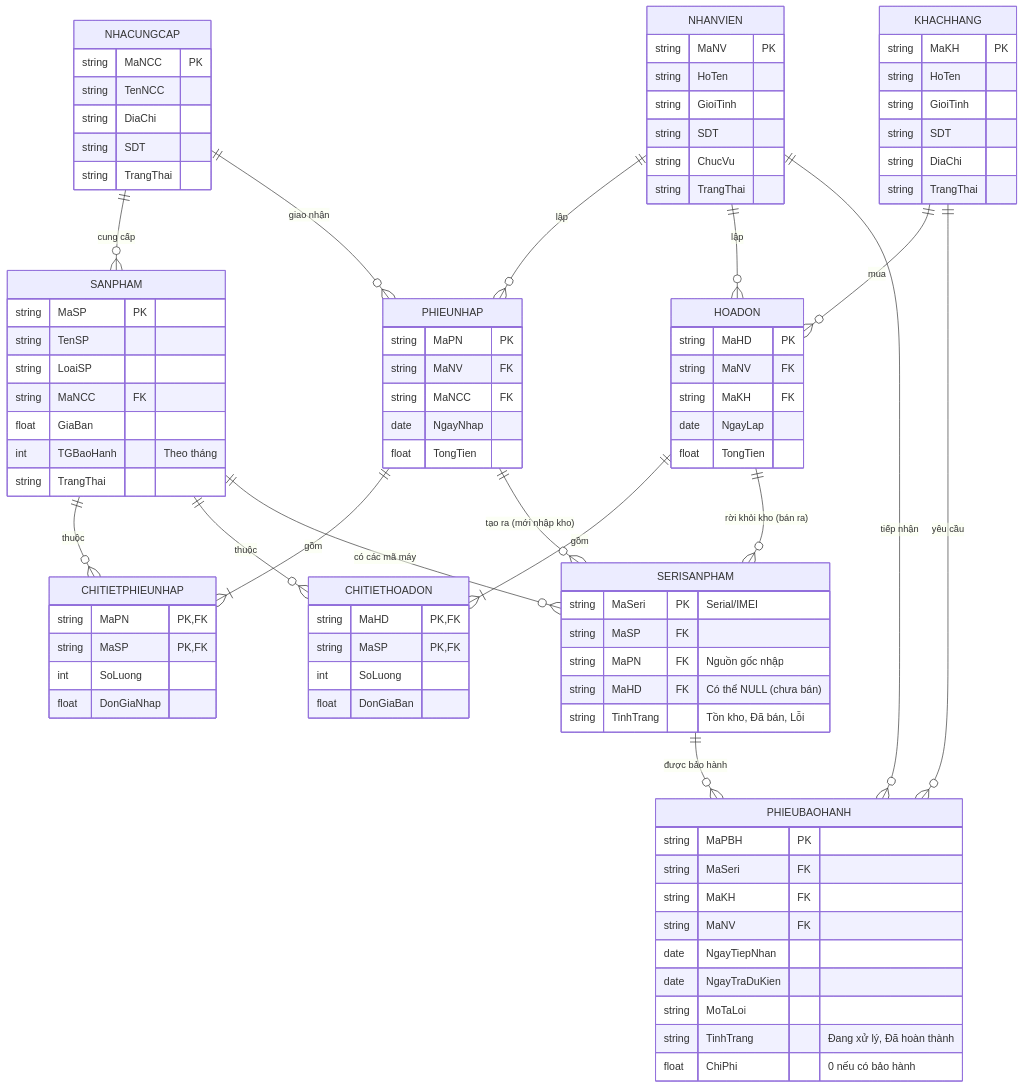
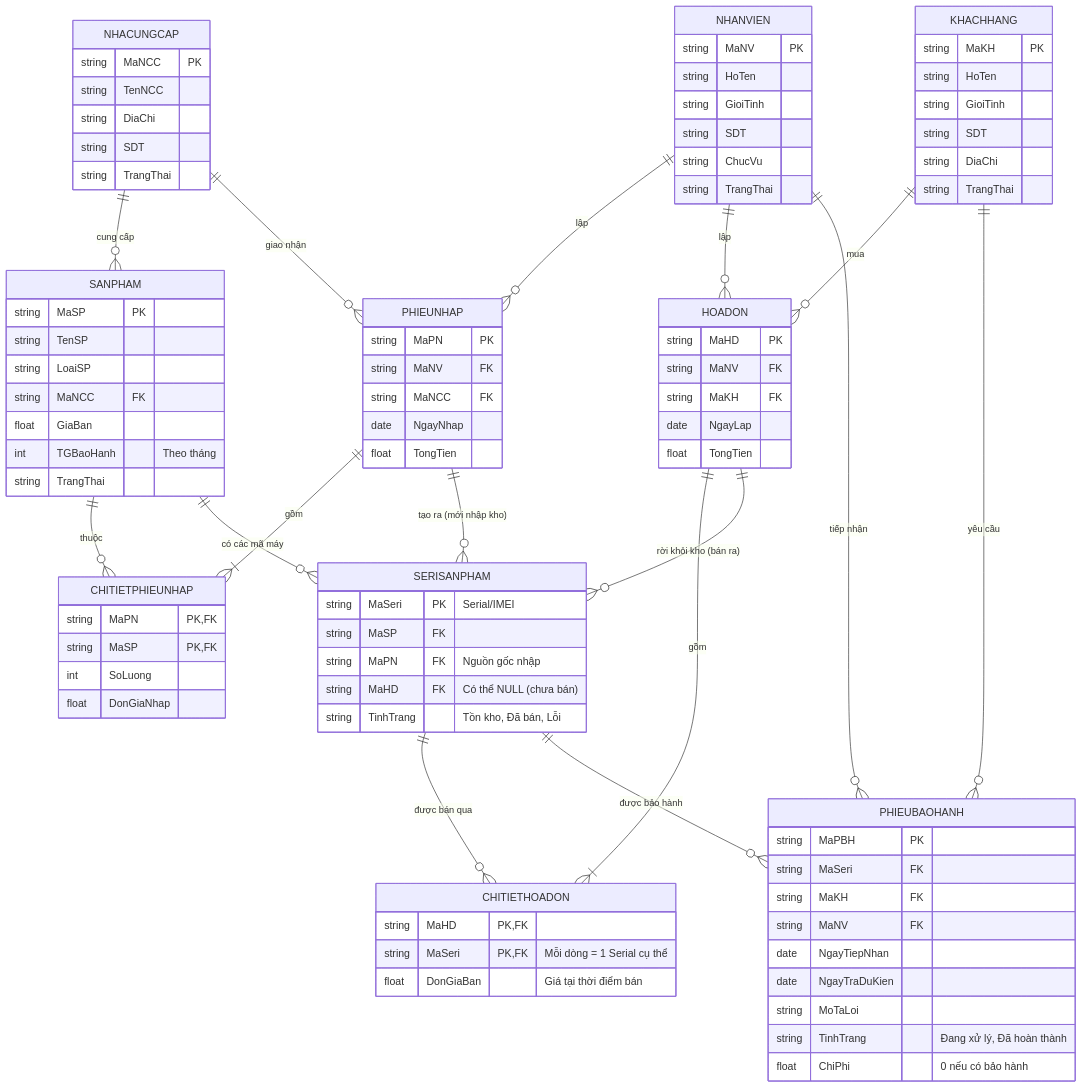
One commit to ngxqn/computer-shop-manager changed the second of 2 diagrams in docs/db-design.md. Above: the diagram before and after it, drawn with Mermaid. The commit also changed other lines of this file and 1 other file, not shown here.

Commit message:
docs(design): update database and dfd design for serial-based billing
- change CHITIETHOADON primary key to (MaHD, MaSeri) to support per-item warranty tracking
- remove SoLuong from itemized billing as each record represents a single serial unit
- update DFD level 2 labels to reflect the architectural shift to serial-based records
- ensure alignment between relational schema and process flows for phase 3 implementation

BREAKING CHANGE: CHITIETHOADON structure no longer uses MaSP as part of its primary key, impacting how item quantities are stored and queried.

```diff
--- a/docs/db-design.md
+++ b/docs/db-design.md
@@ -133,9 +133,8 @@
     }
     CHITIETHOADON {
         string MaHD PK,FK
-        string MaSP PK,FK
-        int SoLuong
-        float DonGiaBan
+        string MaSeri PK,FK "Mỗi dòng = 1 Serial cụ thể"
+        float DonGiaBan "Giá tại thời điểm bán"
     }
 
     PHIEUBAOHANH {
@@ -166,7 +165,7 @@
     SANPHAM ||--o{ CHITIETPHIEUNHAP : "thuộc"
 
     HOADON ||--|{ CHITIETHOADON : "gồm"
-    SANPHAM ||--o{ CHITIETHOADON : "thuộc"
+    SERISANPHAM ||--o{ CHITIETHOADON : "được bán qua"
 
     SANPHAM ||--o{ SERISANPHAM : "có các mã máy"
     PHIEUNHAP ||--o{ SERISANPHAM : "tạo ra (mới nhập kho)"
```
